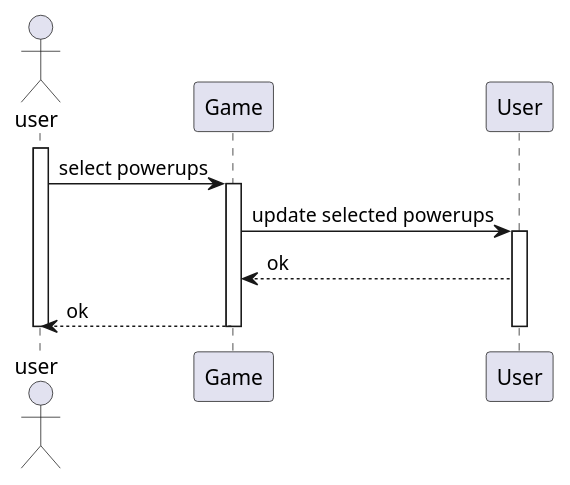
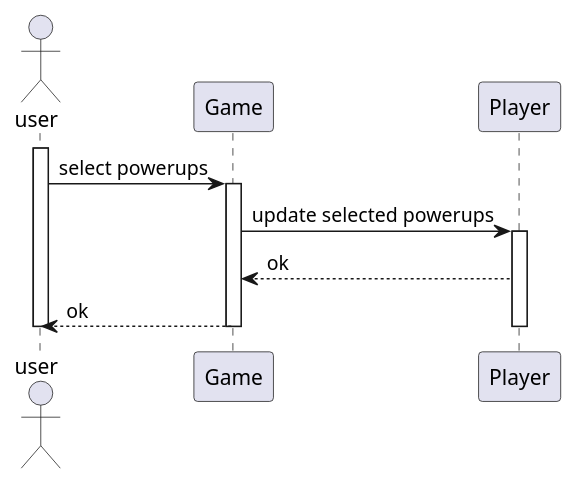
Before and after one commit to PolyPong/PolyPong: the diagram in doc/sequencediagrams/fr11.puml, drawn with PlantUML. The commit also changed 6 other files, not shown here.

```diff
--- a/doc/sequencediagrams/fr11.puml
+++ b/doc/sequencediagrams/fr11.puml
@@ -1,21 +1,21 @@
 @startuml
 actor user
 
 ' TODO: check this one again'
 ' 
 participant Game as G
-participant User as U
+participant Player as U
 
 
 activate user
         user -> G: select powerups
         activate G
         G -> U: update selected powerups
                 activate U
         U --> G: ok
         G --> user: ok
         deactivate U
                 deactivate G
         
 deactivate user
 @enduml
```
